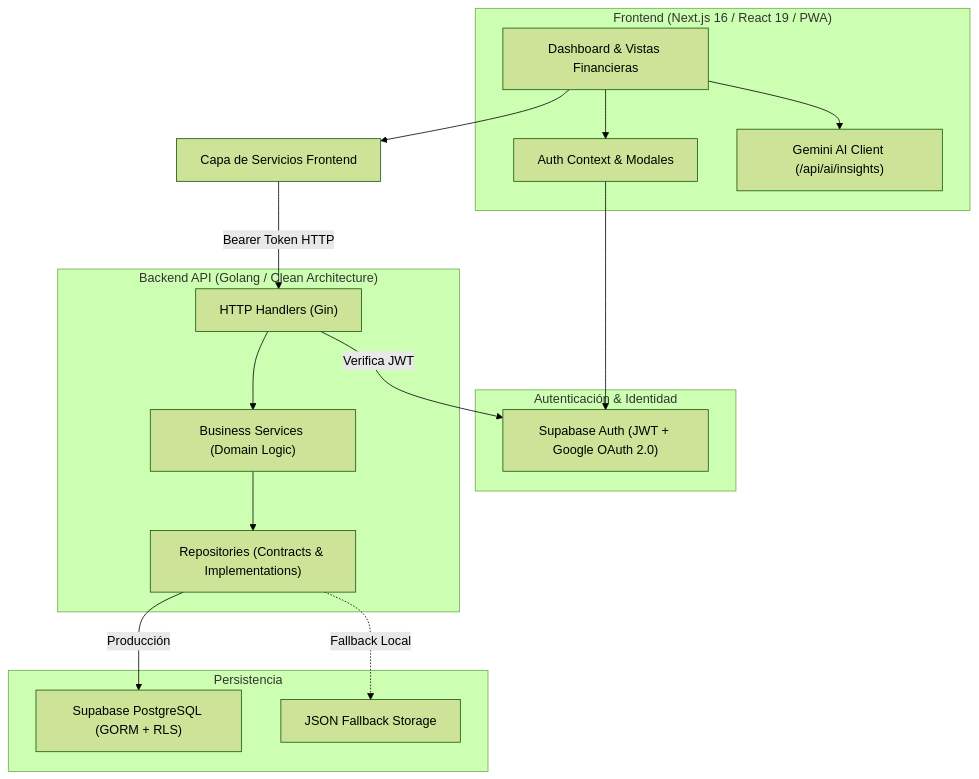
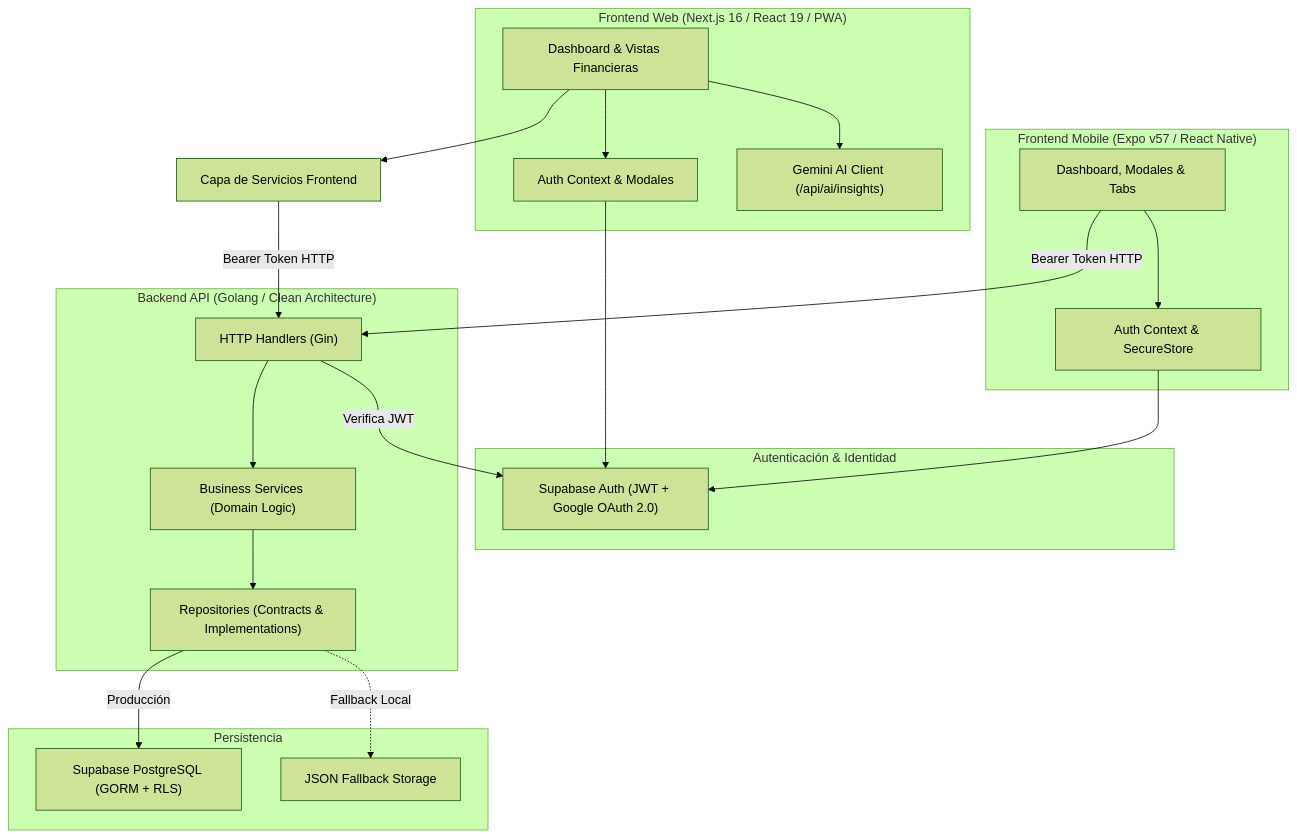
The diagram in README.md (TonyBrTs/Fintrack), drawn with Mermaid (forest theme) before and after one commit. The commit also changed other lines of this file and 140 other files, not shown here.

````diff
--- a/README.md
+++ b/README.md
@@ -25,34 +26,42 @@
 ```mermaid
 graph TB
-    subgraph Client ["Frontend (Next.js 16 / React 19 / PWA)"]
+    subgraph WebClient ["Frontend Web (Next.js 16 / React 19 / PWA)"]
         UI["Dashboard & Vistas Financieras"]
         AuthCtx["Auth Context & Modales"]
         AIClient["Gemini AI Client (/api/ai/insights)"]
+    end
+
+    subgraph MobileClient ["Frontend Mobile (Expo v57 / React Native)"]
+        MobileUI["Dashboard, Modales & Tabs"]
+        MobileAuth["Auth Context & SecureStore"]
     end
 
     subgraph AuthSecurity ["Autenticación & Identidad"]
         SupabaseAuth["Supabase Auth (JWT + Google OAuth 2.0)"]
     end
 
     subgraph BackendGo ["Backend API (Golang / Clean Architecture)"]
         Handlers["HTTP Handlers (Gin)"]
         Services["Business Services (Domain Logic)"]
         Repos["Repositories (Contracts & Implementations)"]
     end
 
     subgraph DataStorage ["Persistencia"]
         GormPostgres["Supabase PostgreSQL (GORM + RLS)"]
         MemoryJSON["JSON Fallback Storage"]
     end
 
     UI --> AuthCtx
     UI --> AIClient
     UI --> ServicesLayer["Capa de Servicios Frontend"]
     ServicesLayer -->|Bearer Token HTTP| Handlers
+    MobileUI --> MobileAuth
+    MobileUI -->|Bearer Token HTTP| Handlers
     Handlers --> Services
     Services --> Repos
     Repos -->|Producción| GormPostgres
     Repos -.->|Fallback Local| MemoryJSON
     AuthCtx --> SupabaseAuth
+    MobileAuth --> SupabaseAuth
     Handlers -->|Verifica JWT| SupabaseAuth
 ```
````
